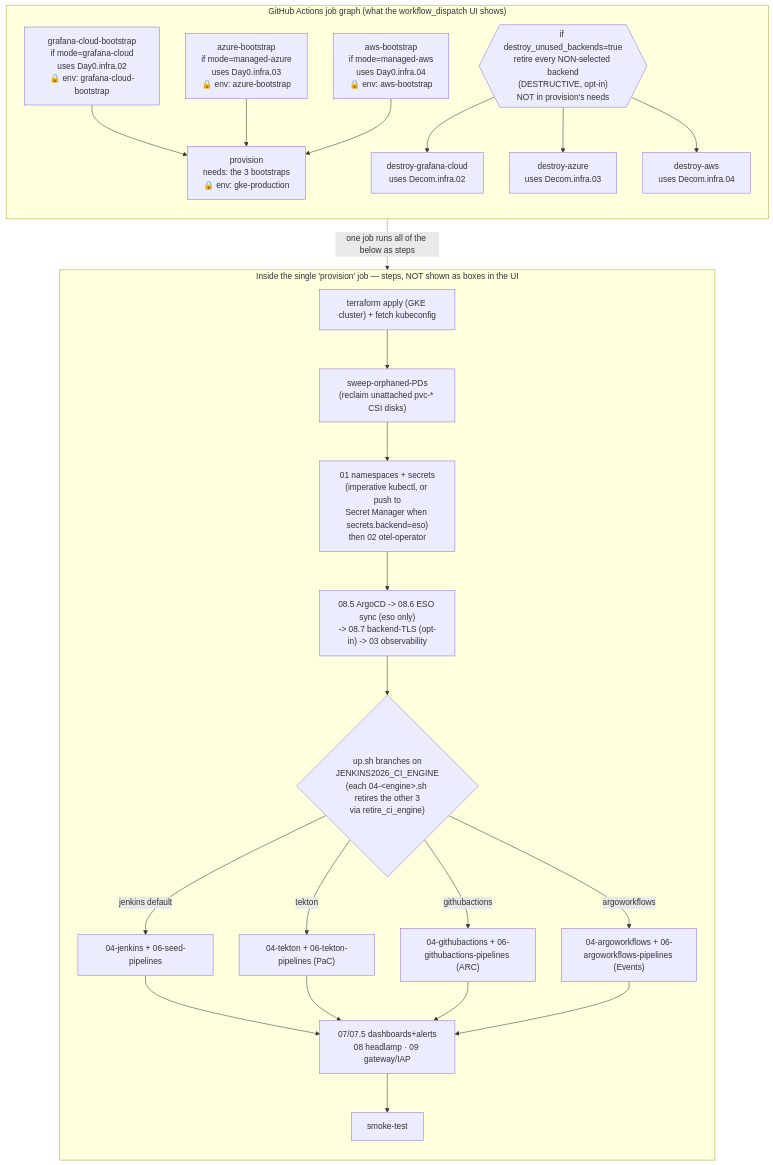
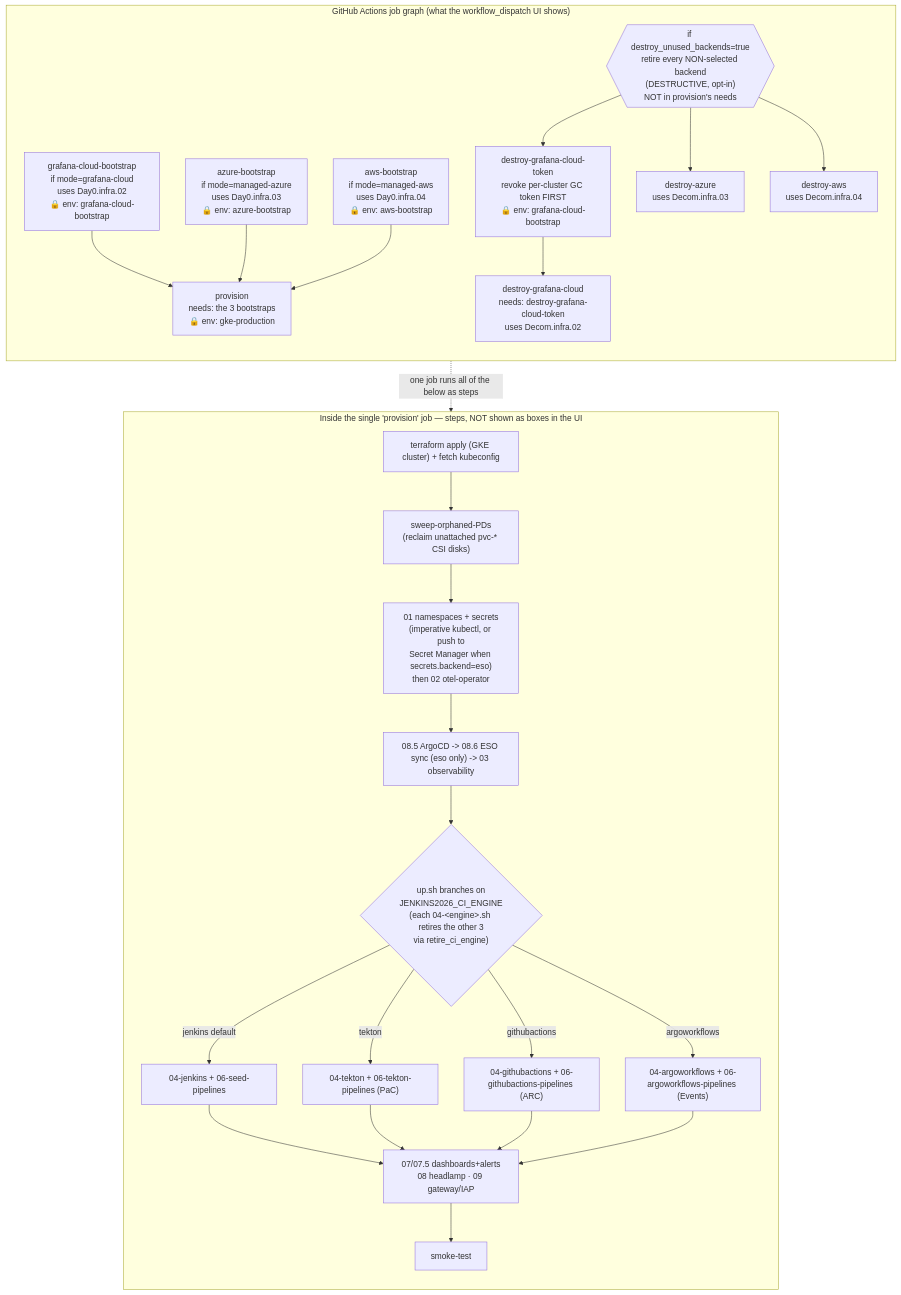
One commit to nubenetes/jenkins-2026 changed the ninth of 10 diagrams in docs/101-GITHUB_ACTIONS_WORKFLOWS.md. Above: the diagram before and after it, drawn with Mermaid. The commit also changed other lines of this file and 48 other files, not shown here.

````diff
--- a/docs/101-GITHUB_ACTIONS_WORKFLOWS.md
+++ b/docs/101-GITHUB_ACTIONS_WORKFLOWS.md
@@ -812,48 +821,50 @@
 ```mermaid
 flowchart TD
     subgraph JOBS["GitHub Actions job graph (what the workflow_dispatch UI shows)"]
         direction TB
         B1["grafana-cloud-bootstrap<br/>if mode=grafana-cloud<br/>uses Day0.infra.02<br/>🔒 env: grafana-cloud-bootstrap"]
         B2["azure-bootstrap<br/>if mode=managed-azure<br/>uses Day0.infra.03<br/>🔒 env: azure-bootstrap"]
         B3["aws-bootstrap<br/>if mode=managed-aws<br/>uses Day0.infra.04<br/>🔒 env: aws-bootstrap"]
         P["provision<br/>needs: the 3 bootstraps<br/>🔒 env: gke-production"]
         B1 --> P
         B2 --> P
         B3 --> P
 
-        D1["destroy-grafana-cloud<br/>uses Decom.infra.02"]
+        DT["destroy-grafana-cloud-token<br/>revoke per-cluster GC token FIRST<br/>🔒 env: grafana-cloud-bootstrap"]
+        D1["destroy-grafana-cloud<br/>needs: destroy-grafana-cloud-token<br/>uses Decom.infra.02"]
         D2["destroy-azure<br/>uses Decom.infra.03"]
         D3["destroy-aws<br/>uses Decom.infra.04"]
         DEC{{"if destroy_unused_backends=true<br/>retire every NON-selected backend<br/>(DESTRUCTIVE, opt-in)<br/>NOT in provision's needs"}}
-        DEC --> D1
+        DEC --> DT
+        DT --> D1
         DEC --> D2
         DEC --> D3
     end
 
     subgraph INSIDE["Inside the single 'provision' job — steps, NOT shown as boxes in the UI"]
         direction TB
         TF["terraform apply (GKE cluster) + fetch kubeconfig"]
         PD["sweep-orphaned-PDs<br/>(reclaim unattached pvc-* CSI disks)"]
         NS["01 namespaces + secrets<br/>(imperative kubectl, or push to<br/>Secret Manager when secrets.backend=eso)<br/>then 02 otel-operator"]
-        CD["08.5 ArgoCD -> 08.6 ESO sync (eso only)<br/>-> 08.7 backend-TLS (opt-in) -> 03 observability"]
+        CD["08.5 ArgoCD -> 08.6 ESO sync (eso only) -> 03 observability"]
         UP{"up.sh branches on<br/>JENKINS2026_CI_ENGINE<br/>(each 04-&lt;engine&gt;.sh retires the other 3<br/>via retire_ci_engine)"}
         JEN["04-jenkins + 06-seed-pipelines"]
         TEK["04-tekton + 06-tekton-pipelines (PaC)"]
         GHA["04-githubactions + 06-githubactions-pipelines (ARC)"]
         AWF["04-argoworkflows + 06-argoworkflows-pipelines (Events)"]
         REST["07/07.5 dashboards+alerts<br/>08 headlamp · 09 gateway/IAP"]
         SMOKE["smoke-test"]
         TF --> PD --> NS --> CD --> UP
         UP -->|jenkins default| JEN
         UP -->|tekton| TEK
         UP -->|githubactions| GHA
         UP -->|argoworkflows| AWF
         JEN --> REST
         TEK --> REST
         GHA --> REST
         AWF --> REST
         REST --> SMOKE
     end
 
     P -.->|"one job runs all of the below as steps"| INSIDE
 ```
````
